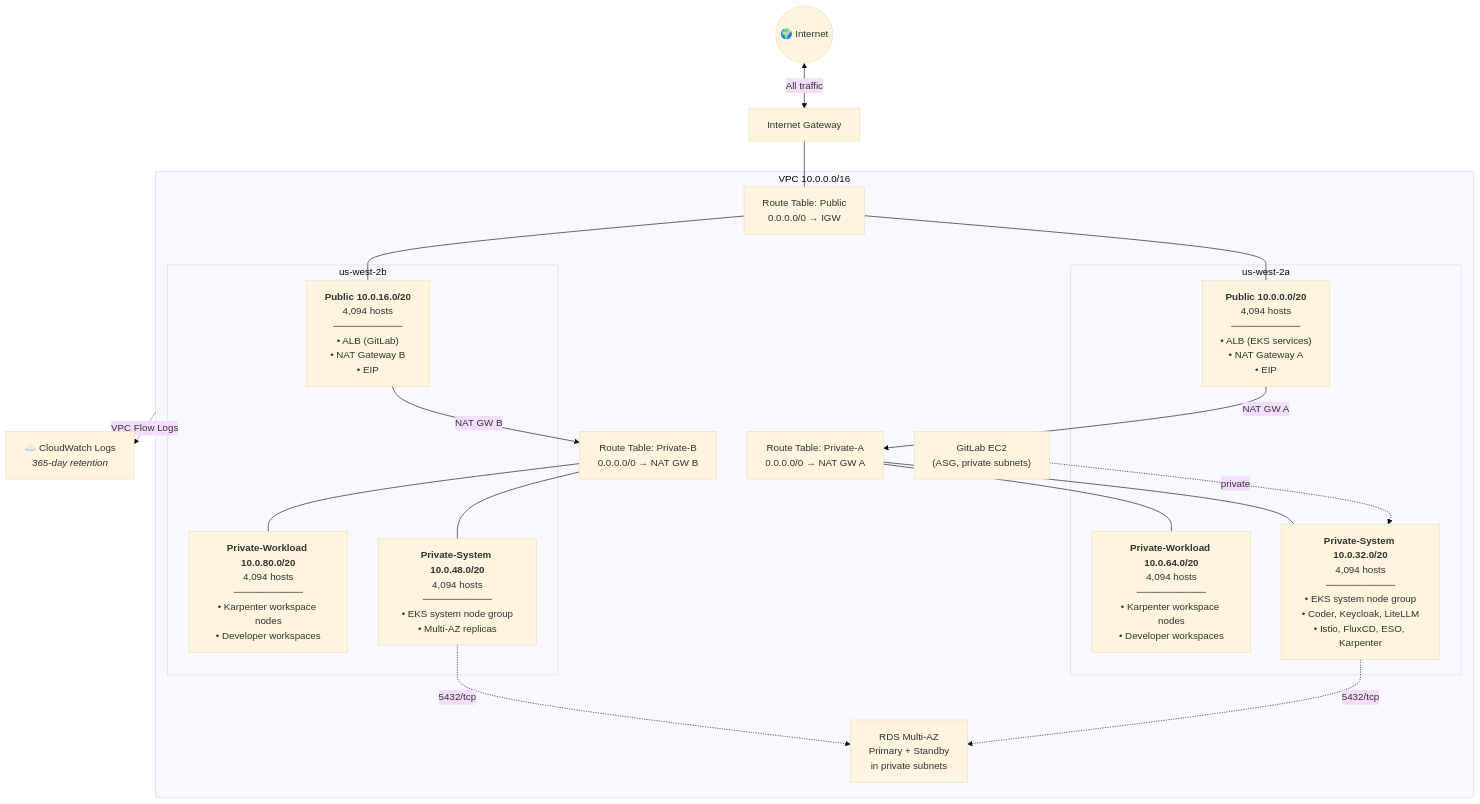
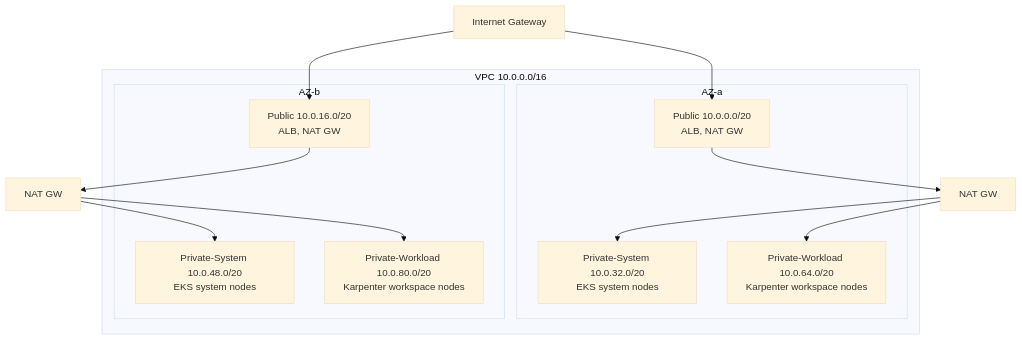
Before and after one commit to coder/usgov-deploy-aws: the second of 5 diagrams in docs/ARCHITECTURE.md, drawn with Mermaid (base theme). The commit also changed other lines of this file and 51 other files, not shown here.

First line of the commit message:
refactor: scope coder4gov to Coder-only reference architecture

````diff
--- a/docs/ARCHITECTURE.md
+++ b/docs/ARCHITECTURE.md
@@ -200,49 +30,18 @@
 ```mermaid
 graph TB
-    INTERNET(("🌍 Internet"))
-    IGW["Internet Gateway"]
-
-    INTERNET <-->|"All traffic"| IGW
-
     subgraph VPC["VPC 10.0.0.0/16"]
-        subgraph AZ_A["us-west-2a"]
-            PUB_A["<b>Public 10.0.0.0/20</b><br/>4,094 hosts<br/>──────────<br/>• ALB (EKS services)<br/>• NAT Gateway A<br/>• EIP"]
-            SYS_A["<b>Private-System 10.0.32.0/20</b><br/>4,094 hosts<br/>──────────<br/>• EKS system node group<br/>• Coder, Keycloak, LiteLLM<br/>• Istio, FluxCD, ESO, Karpenter"]
-            WKL_A["<b>Private-Workload 10.0.64.0/20</b><br/>4,094 hosts<br/>──────────<br/>• Karpenter workspace nodes<br/>• Developer workspaces"]
+        subgraph AZ_A["AZ-a"]
+            PUB_A["Public 10.0.0.0/20<br/>ALB, NAT GW"]
+            SYS_A["Private-System 10.0.32.0/20<br/>EKS system nodes"]
+            WRK_A["Private-Workload 10.0.64.0/20<br/>Karpenter workspace nodes"]
         end
-
-        subgraph AZ_B["us-west-2b"]
-            PUB_B["<b>Public 10.0.16.0/20</b><br/>4,094 hosts<br/>──────────<br/>• ALB (GitLab)<br/>• NAT Gateway B<br/>• EIP"]
-            SYS_B["<b>Private-System 10.0.48.0/20</b><br/>4,094 hosts<br/>──────────<br/>• EKS system node group<br/>• Multi-AZ replicas"]
-            WKL_B["<b>Private-Workload 10.0.80.0/20</b><br/>4,094 hosts<br/>──────────<br/>• Karpenter workspace nodes<br/>• Developer workspaces"]
+        subgraph AZ_B["AZ-b"]
+            PUB_B["Public 10.0.16.0/20<br/>ALB, NAT GW"]
+            SYS_B["Private-System 10.0.48.0/20<br/>EKS system nodes"]
+            WRK_B["Private-Workload 10.0.80.0/20<br/>Karpenter workspace nodes"]
         end
-
-        RT_PUB["Route Table: Public<br/>0.0.0.0/0 → IGW"]
-        RT_PRIV_A["Route Table: Private-A<br/>0.0.0.0/0 → NAT GW A"]
-        RT_PRIV_B["Route Table: Private-B<br/>0.0.0.0/0 → NAT GW B"]
-
-        RDS_INST["RDS Multi-AZ<br/>Primary + Standby<br/>in private subnets"]
-        GITLAB_EC2["GitLab EC2<br/>(ASG, private subnets)"]
     end
-
-    %% Public route
-    IGW --- RT_PUB
-    RT_PUB --- PUB_A
-    RT_PUB --- PUB_B
-
-    %% NAT GW flows
-    PUB_A -->|"NAT GW A"| RT_PRIV_A
-    PUB_B -->|"NAT GW B"| RT_PRIV_B
-    RT_PRIV_A --- SYS_A
-    RT_PRIV_A --- WKL_A
-    RT_PRIV_B --- SYS_B
-    RT_PRIV_B --- WKL_B
-
-    %% Data tier
-    SYS_A -.->|"5432/tcp"| RDS_INST
-    SYS_B -.->|"5432/tcp"| RDS_INST
-    GITLAB_EC2 -.->|"private"| SYS_A
-
-    %% Flow logs
-    VPC -.->|"VPC Flow Logs"| CW["☁️ CloudWatch Logs<br/><i>365-day retention</i>"]
+    IGW[Internet Gateway] --> PUB_A & PUB_B
+    PUB_A --> NAT_A[NAT GW] --> SYS_A & WRK_A
+    PUB_B --> NAT_B[NAT GW] --> SYS_B & WRK_B
 ```
````
